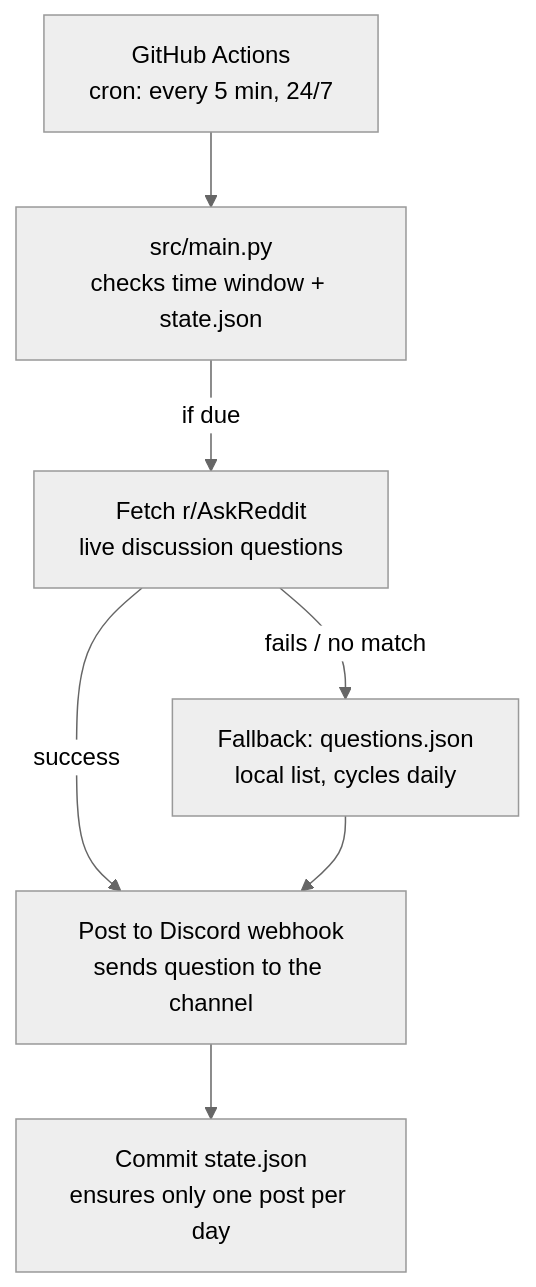
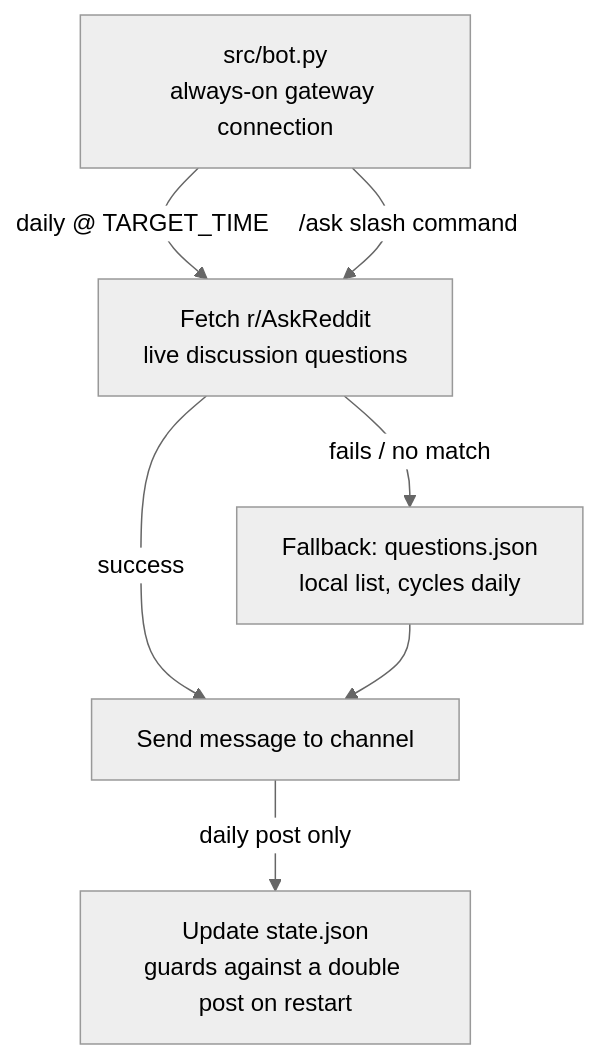
Before and after one commit to UnaBots/WeAskYou: the diagram in README.md, drawn with Mermaid (neutral theme). The commit also changed other lines of this file and 11 other files, not shown here.

First line of the commit message:
Replace GitHub Actions cron + webhook with a persistent gateway bot

````diff
--- a/README.md
+++ b/README.md
@@ -7,9 +8,9 @@
 ```mermaid
 flowchart TD
-    A["GitHub Actions<br/>cron: every 5 min, 24/7"] --> B["src/main.py<br/>checks time window + state.json"]
-    B -->|if due| C["Fetch r/AskReddit<br/>live discussion questions"]
-    C -->|fails / no match| D["Fallback: questions.json<br/>local list, cycles daily"]
-    C -->|success| E["Post to Discord webhook<br/>sends question to the channel"]
-    D --> E
-    E --> F["Commit state.json<br/>ensures only one post per day"]
+    A["src/bot.py<br/>always-on gateway connection"] -->|daily @ TARGET_TIME| B["Fetch r/AskReddit<br/>live discussion questions"]
+    A -->|/ask slash command| B
+    B -->|fails / no match| C["Fallback: questions.json<br/>local list, cycles daily"]
+    B -->|success| D["Send message to channel"]
+    C --> D
+    D -->|daily post only| E["Update state.json<br/>guards against a double post on restart"]
 ```
````
